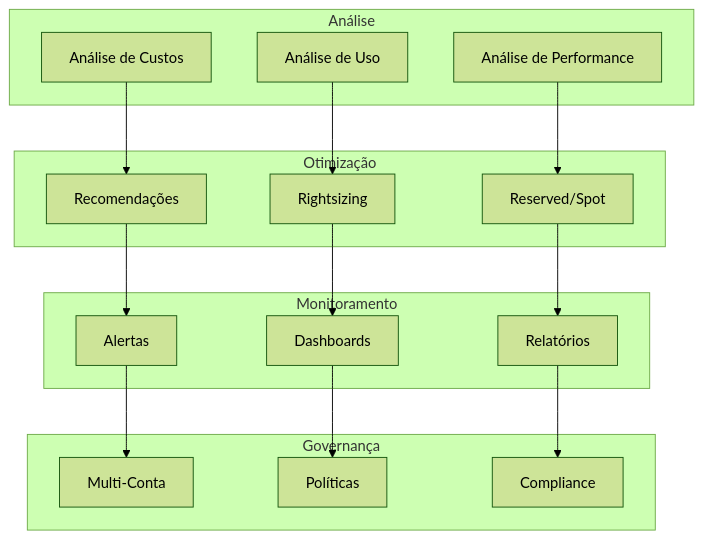
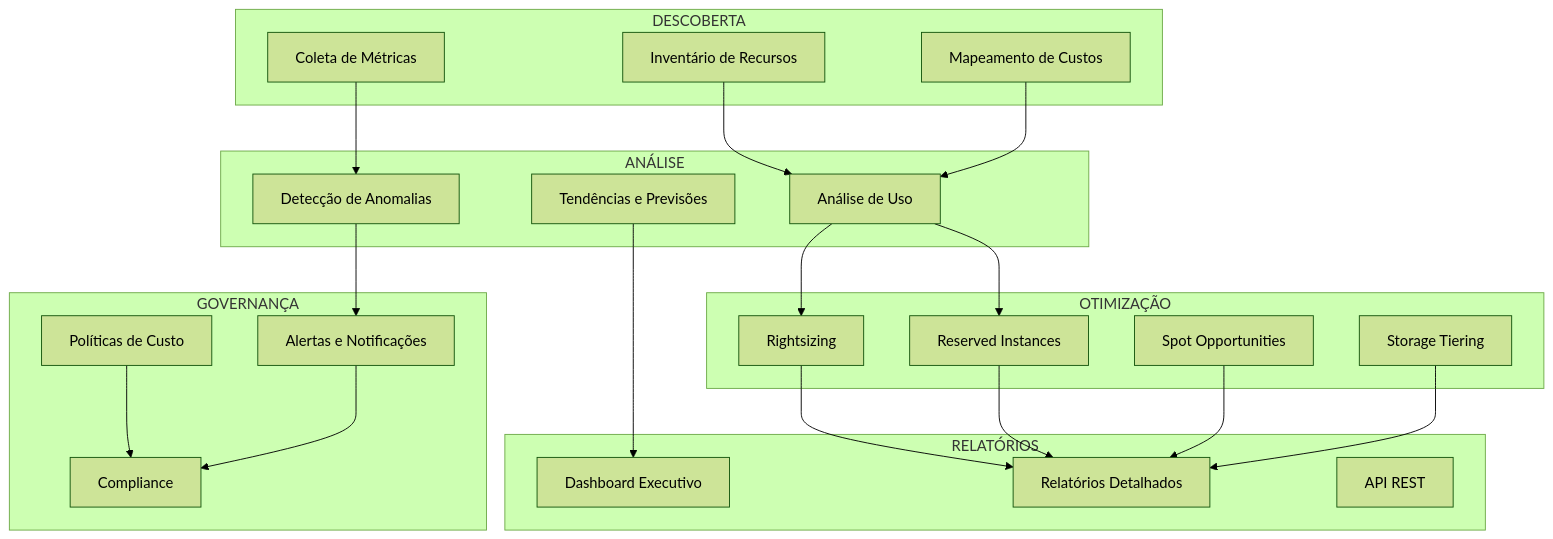
One commit to FELIPEACASTRO/finops-aws-bdr changed the second of 13 diagrams in docs/FUNCTIONAL_GUIDE.md. Above: the diagram before and after it, drawn with Mermaid (forest theme). The commit also changed other lines of this file and 6 other files, not shown here.

````diff
--- a/docs/FUNCTIONAL_GUIDE.md
+++ b/docs/FUNCTIONAL_GUIDE.md
@@ -71,36 +124,47 @@
 ```mermaid
 graph TB
-    subgraph "Análise"
-        A[Análise de Custos]
-        B[Análise de Uso]
-        C[Análise de Performance]
+    subgraph "DESCOBERTA"
+        A[Inventário de Recursos]
+        B[Mapeamento de Custos]
+        C[Coleta de Métricas]
     end
     
-    subgraph "Otimização"
-        D[Recomendações]
-        E[Rightsizing]
-        F[Reserved/Spot]
+    subgraph "ANÁLISE"
+        D[Análise de Uso]
+        E[Detecção de Anomalias]
+        F[Tendências e Previsões]
     end
     
-    subgraph "Monitoramento"
-        G[Alertas]
-        H[Dashboards]
-        I[Relatórios]
+    subgraph "OTIMIZAÇÃO"
+        G[Rightsizing]
+        H[Reserved Instances]
+        I[Spot Opportunities]
+        J[Storage Tiering]
     end
     
-    subgraph "Governança"
-        J[Multi-Conta]
-        K[Políticas]
-        L[Compliance]
+    subgraph "GOVERNANÇA"
+        K[Políticas de Custo]
+        L[Alertas e Notificações]
+        M[Compliance]
+    end
+    
+    subgraph "RELATÓRIOS"
+        N[Dashboard Executivo]
+        O[Relatórios Detalhados]
+        P[API REST]
     end
     
     A --> D
-    B --> E
-    C --> F
+    B --> D
+    C --> E
     D --> G
-    E --> H
-    F --> I
-    G --> J
-    H --> K
-    I --> L
+    D --> H
+    E --> L
+    F --> N
+    G --> O
+    H --> O
+    I --> O
+    J --> O
+    K --> M
+    L --> M
 ```
````
